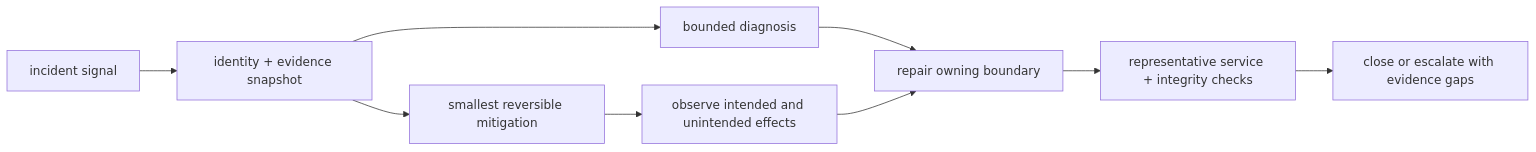
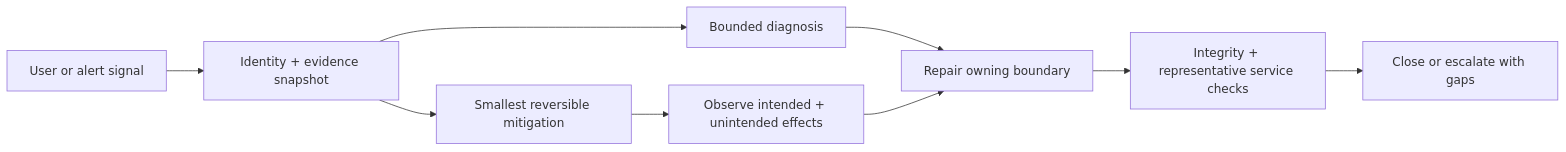
One commit to bijux/bijux-atlas changed the first of 2 diagrams in docs/bijux-atlas-ops/observability/incident-response.md. Above: the diagram before and after it, drawn with Mermaid. The commit also changed other lines of this file and 1 other file, not shown here.

Commit message:
docs(incidents): preserve authority and evidence custody

````diff
--- a/docs/bijux-atlas-ops/observability/incident-response.md
+++ b/docs/bijux-atlas-ops/observability/incident-response.md
@@ -39,11 +18,11 @@
 ```mermaid
 flowchart LR
-    signal["incident signal"] --> snapshot["identity + evidence snapshot"]
-    snapshot --> mitigate["smallest reversible mitigation"]
-    snapshot --> hypothesis["bounded diagnosis"]
-    mitigate --> effect["observe intended and unintended effects"]
-    hypothesis --> repair["repair owning boundary"]
-    effect --> repair
-    repair --> validate["representative service + integrity checks"]
-    validate --> close["close or escalate with evidence gaps"]
+    Signal[User or alert signal] --> Snapshot[Identity + evidence snapshot]
+    Snapshot --> Mitigate[Smallest reversible mitigation]
+    Snapshot --> Hypothesis[Bounded diagnosis]
+    Mitigate --> Effect[Observe intended + unintended effects]
+    Hypothesis --> Repair[Repair owning boundary]
+    Effect --> Repair
+    Repair --> Validate[Integrity + representative service checks]
+    Validate --> Close[Close or escalate with gaps]
 ```
````
